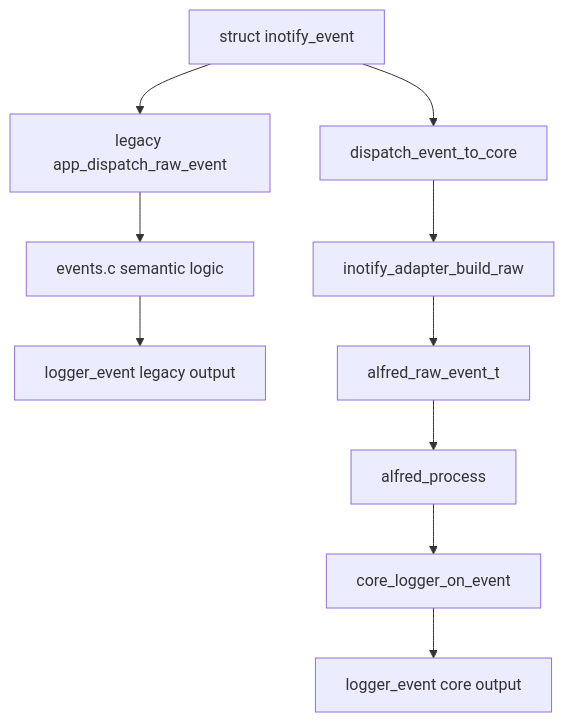
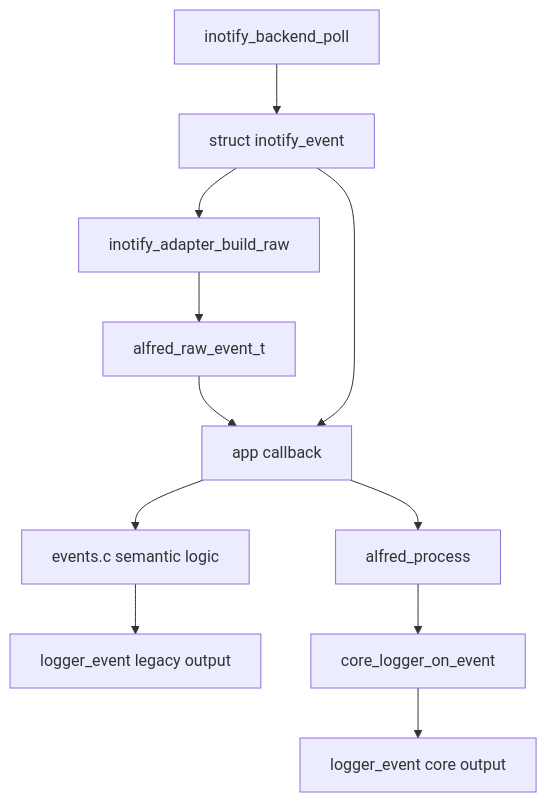
Before and after one commit to kinderp/alfred: the second of 3 diagrams in docs/it/07-flusso-eventi.md, drawn with Mermaid. The commit also changed other lines of this file and 9 other files, not shown here.

````diff
--- a/docs/it/07-flusso-eventi.md
+++ b/docs/it/07-flusso-eventi.md
@@ -28,14 +28,15 @@
 ```mermaid
 flowchart TD
-    A[struct inotify_event] --> B[legacy app_dispatch_raw_event]
-    A --> C[dispatch_event_to_core]
+    A[inotify_backend_poll] --> B[struct inotify_event]
+    B --> C[inotify_adapter_build_raw]
+    C --> D[alfred_raw_event_t]
+    D --> E[app callback]
+    B --> E
 
-    B --> D[events.c semantic logic]
-    D --> E[logger_event legacy output]
+    E --> F[events.c semantic logic]
+    F --> G[logger_event legacy output]
 
-    C --> F[inotify_adapter_build_raw]
-    F --> G[alfred_raw_event_t]
-    G --> H[alfred_process]
+    E --> H[alfred_process]
     H --> I[core_logger_on_event]
     I --> J[logger_event core output]
 ```
````
